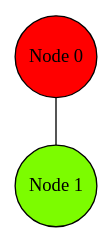
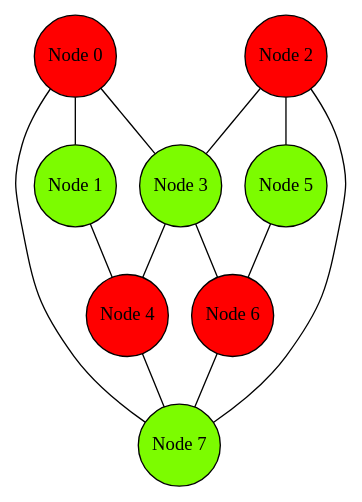
Before and after one commit to AlexanderSenchenko/Graph_coloring: the diagram in graph.gv, drawn with Graphviz. The commit also changed 6 other files, not shown here.

```diff
--- a/graph.gv
+++ b/graph.gv
@@ -1,9 +1,26 @@
 digraph HelloGraph {
 	node [shape="circle", style="filled", margin="0.01"];
 	edge [dir="none"];
 
 	"Node 0" [fillcolor="red"]
 	"Node 1" [fillcolor="lawngreen"]
+	"Node 2" [fillcolor="red"]
+	"Node 3" [fillcolor="lawngreen"]
+	"Node 4" [fillcolor="red"]
+	"Node 5" [fillcolor="lawngreen"]
+	"Node 6" [fillcolor="red"]
+	"Node 7" [fillcolor="lawngreen"]
 
 	"Node 0" -> "Node 1";
+	"Node 0" -> "Node 3";
+	"Node 0" -> "Node 7";
+	"Node 1" -> "Node 4";
+	"Node 2" -> "Node 3";
+	"Node 2" -> "Node 5";
+	"Node 2" -> "Node 7";
+	"Node 3" -> "Node 4";
+	"Node 3" -> "Node 6";
+	"Node 4" -> "Node 7";
+	"Node 5" -> "Node 6";
+	"Node 6" -> "Node 7";
 }
```
